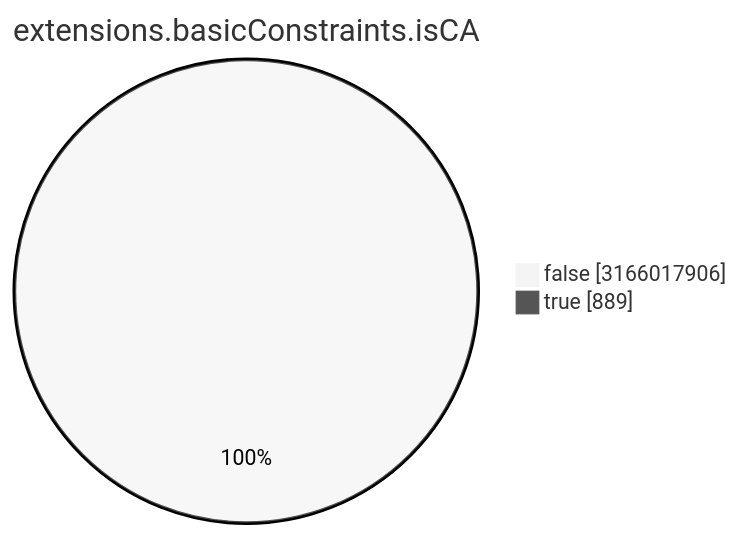
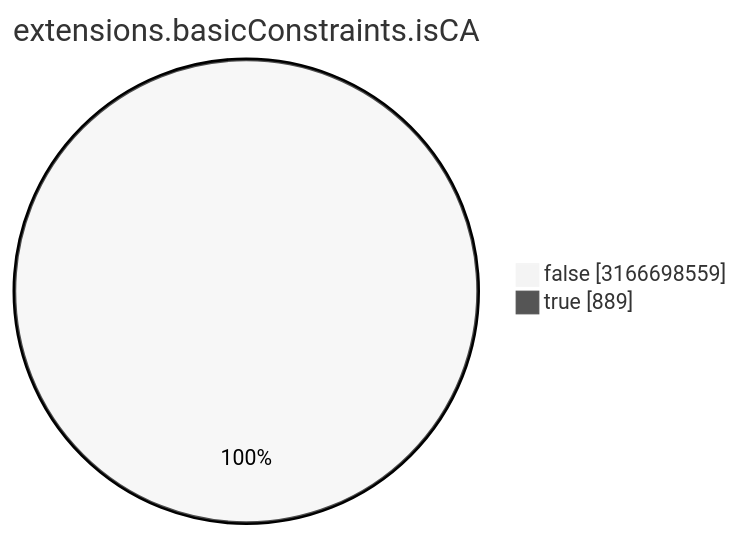
One commit to christiankrug/ctmonitor_visualization changed the seventh of 15 diagrams in TOTAL/README.md. Above: the diagram before and after it, drawn with Mermaid (neutral theme). The commit also changed other lines of this file, not shown here.

````diff
--- a/TOTAL/README.md
+++ b/TOTAL/README.md
@@ -3088,6 +3088,6 @@
 ```mermaid
 pie showData
 title extensions.basicConstraints.isCA
-"false" :3166017906
+"false" :3166698559
 "true" :889
 ```
````
